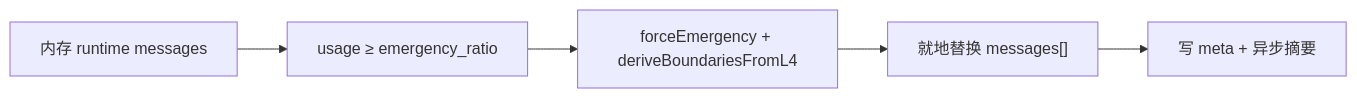
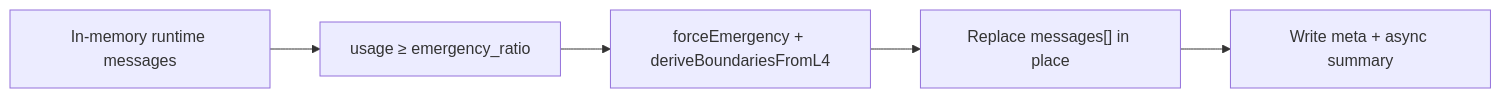
One commit to freeanima-org/freeanima changed the eighth of 10 diagrams in docs/compression.md. Above: the diagram before and after it, drawn with Mermaid. The commit also changed other lines of this file and 114 other files, not shown here.

````diff
--- a/docs/compression.md
+++ b/docs/compression.md
@@ -333,9 +333,9 @@
 ```mermaid
 flowchart LR
-  e1["内存 runtime messages"]
+  e1["In-memory runtime messages"]
   e2["usage ≥ emergency_ratio"]
   e3["forceEmergency + deriveBoundariesFromL4"]
-  e4["就地替换 messages[]"]
-  e5["写 meta + 异步摘要"]
+  e4["Replace messages[] in place"]
+  e5["Write meta + async summary"]
   e1 --> e2 --> e3 --> e4 --> e5
 ```
````
